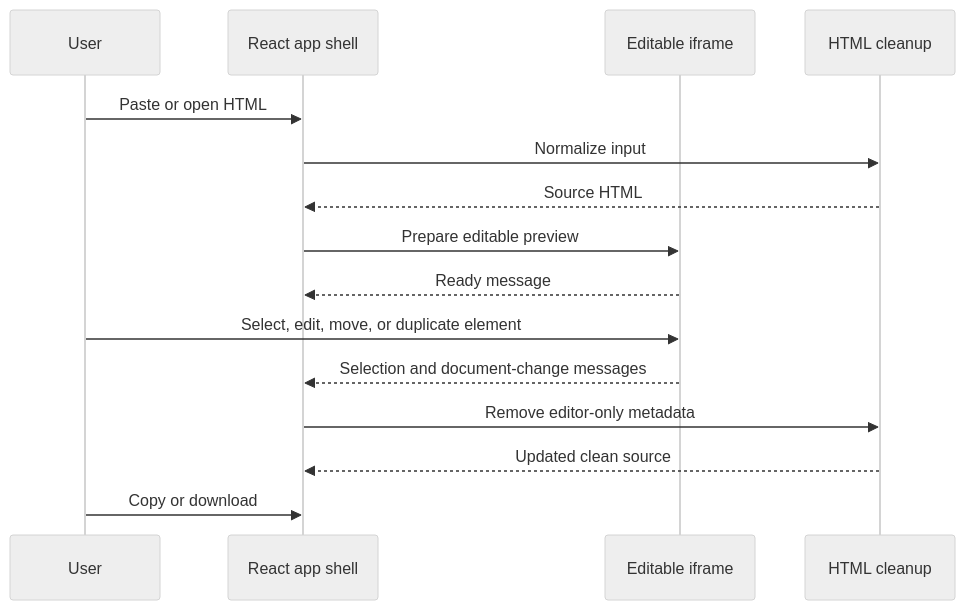
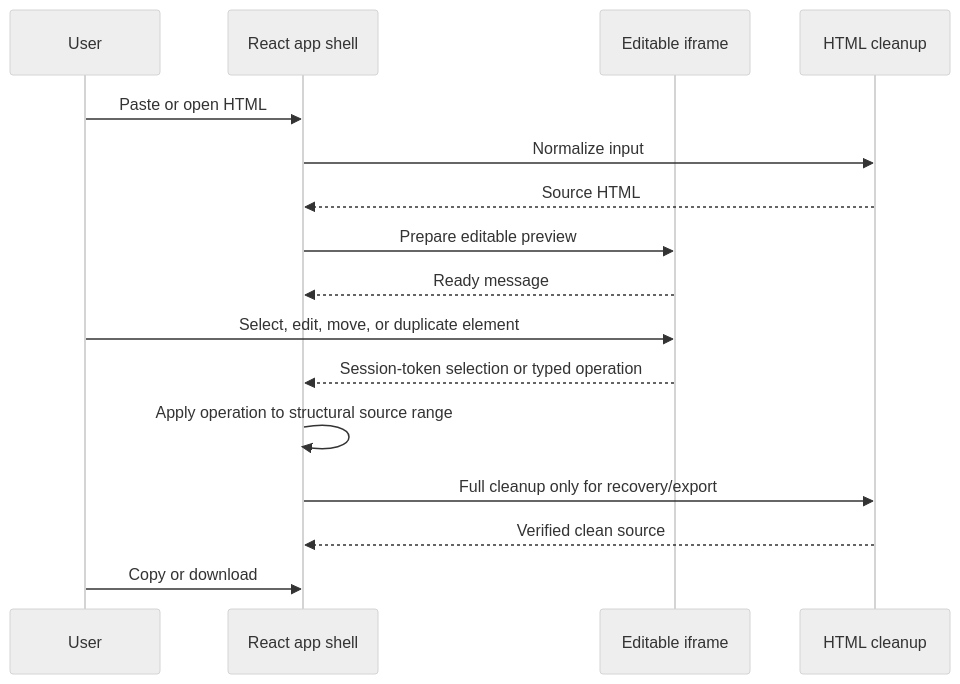
The second of 4 diagrams in README.md (gustavorubim/cosmic-canvas), drawn with Mermaid (neutral theme) before and after one commit. The commit also changed other lines of this file and 6 other files, not shown here.

````diff
--- a/README.md
+++ b/README.md
@@ -80,18 +80,19 @@
 ```mermaid
 sequenceDiagram
   participant User
   participant App as React app shell
   participant Frame as Editable iframe
   participant Cleaner as HTML cleanup
 
   User->>App: Paste or open HTML
   App->>Cleaner: Normalize input
   Cleaner-->>App: Source HTML
   App->>Frame: Prepare editable preview
   Frame-->>App: Ready message
   User->>Frame: Select, edit, move, or duplicate element
-  Frame-->>App: Selection and document-change messages
-  App->>Cleaner: Remove editor-only metadata
-  Cleaner-->>App: Updated clean source
+  Frame-->>App: Session-token selection or typed operation
+  App->>App: Apply operation to structural source range
+  App->>Cleaner: Full cleanup only for recovery/export
+  Cleaner-->>App: Verified clean source
   User->>App: Copy or download
 ```
````
